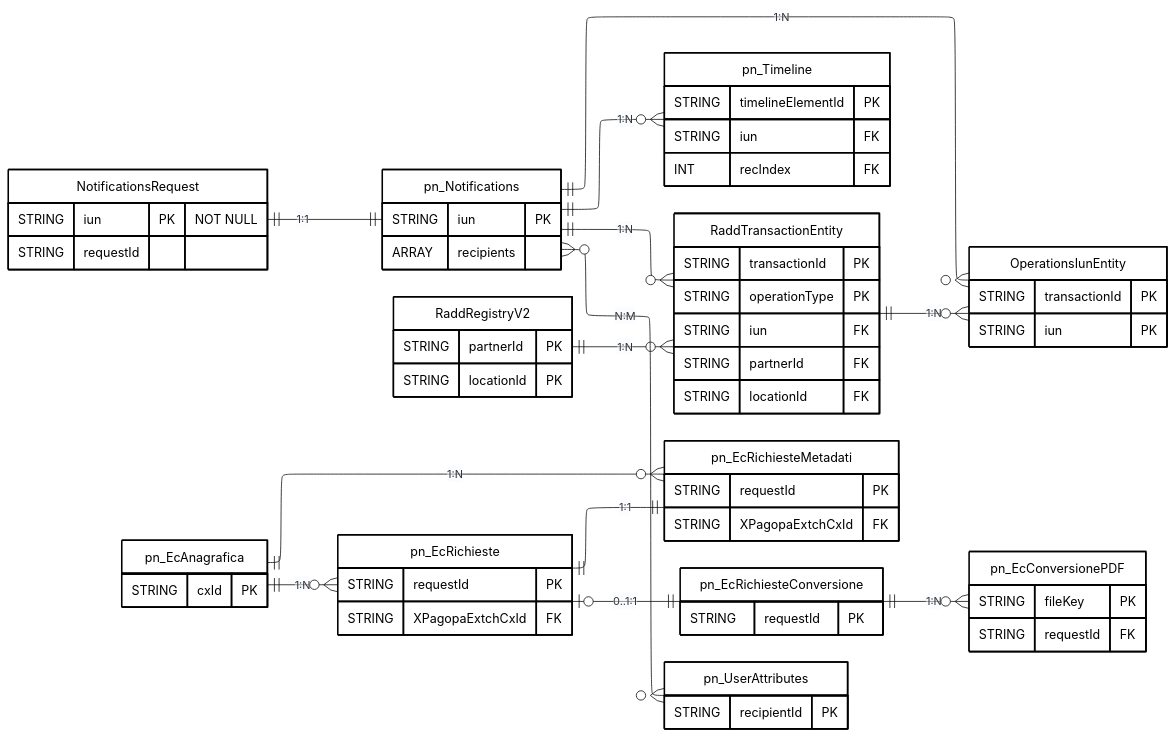
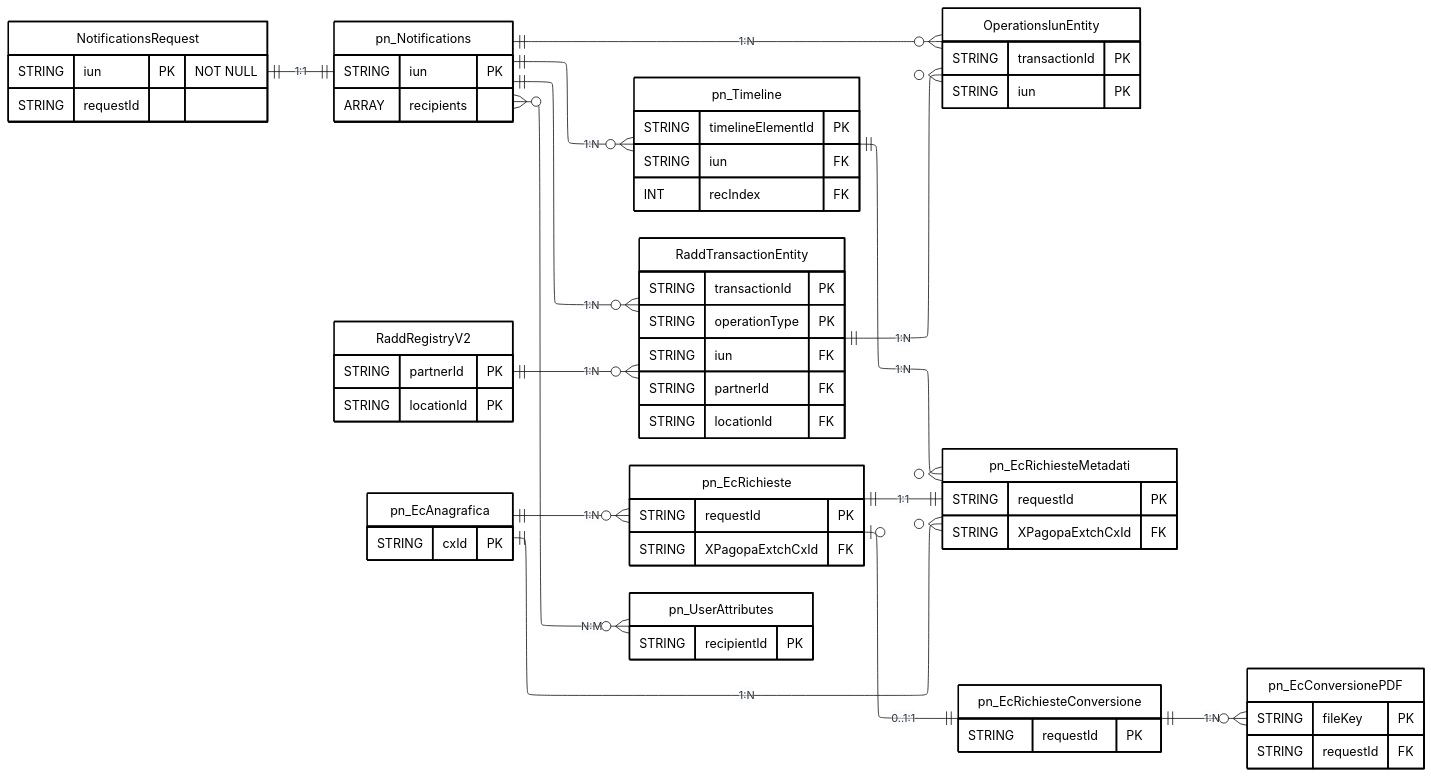
Before and after one commit to pagopa/pn-metrics: the diagram in send_diagrams/data-models/send_er_model.mmd, drawn with Mermaid. The commit also changed 4 other files, not shown here.

Commit message:
docs: update diagrams version

```diff
--- a/send_diagrams/data-models/send_er_model.mmd
+++ b/send_diagrams/data-models/send_er_model.mmd
@@ -1,153 +1,161 @@
 ---
 config:
   layout: elk
   theme: base
 ---
 erDiagram
 
-    %% diagram version: 0.0.1
+    %% diagram version: 1.0.0
 
     %% sources:
     %% - dc-pn-Notifications.yaml
     %%   id: urn:send:pn:notifications
     %%   version: 0.0.1
     %% - dc-pn-timeline.yaml
     %%   id: urn:send:pn:timelines
     %%   version: 0.0.1
     %% - dc-radd-transaction-entity.yaml
     %%   id: urn:send:radd-alt:dc-radd-transaction-entity
     %%   version: 0.0.1
     %% - dc-radd-registry.yaml
     %%   id: urn:send:radd-alt:dc-radd-registry
     %%   version: 0.0.1
     %% - dc-operations-iuns-entity.yaml
     %%   id: urn:send:radd-alt:dc-operations-iuns-entity
     %%   version: 0.0.1
     %% - dc-pn-EcRichiesteMetadati.yaml
     %%   id: urn:send:postalizzazione:pn-ecrichiestemetadati
+    %%   version: 0.0.1
+    %% - dc-pn-user-attributes.yaml
+    %%   id: urn:send:recapiti-deleghe:user-attributes
     %%   version: 0.0.1
 
     %% CONVENZIONI
     %% - Sono riportate esclusivamente le entità principali
     %% - Sono riportati solamente attributi PK e FK
     %% - Le cardinalità derivano dai diagrammi di dettaglio dei singoli domini
     %% - I commenti descrivono la logica di correlazione tra le entità
 
     Direction LR
 
     NotificationsRequest {
         STRING iun PK "NOT NULL"
         STRING requestId
     }
 
     pn_Notifications {
         STRING iun PK
         ARRAY recipients
     }
 
     pn_Timeline {
         STRING timelineElementId PK
         STRING iun FK
         INT recIndex FK
     }
 
     RaddRegistryV2 {
         STRING partnerId PK
         STRING locationId PK
     }
 
     RaddTransactionEntity {
         STRING transactionId PK
         STRING operationType PK
         STRING iun FK
         STRING partnerId FK
         STRING locationId FK
     }
 
     OperationsIunEntity {
         STRING transactionId PK
         STRING iun PK
     }
 
     pn_EcAnagrafica {
         STRING cxId PK
     }
 
     pn_EcRichieste {
         STRING requestId PK
         STRING XPagopaExtchCxId FK
     }
 
     pn_EcRichiesteMetadati {
         STRING requestId PK
         STRING XPagopaExtchCxId FK
     }
 
     pn_EcRichiesteConversione {
         STRING requestId PK
     }
 
     pn_EcConversionePDF {
         STRING fileKey PK
         STRING requestId FK
     }
 
     pn_UserAttributes {
         STRING recipientId PK
     }
 
     %% RELAZIONI
 
     NotificationsRequest ||--|| pn_Notifications : "1:1"
 
     %% RaddTransactionEntity.transactionId = OperationsIunEntity.transactionId
     RaddTransactionEntity ||--o{ OperationsIunEntity : "1:N"
 
     %% RaddRegistryV2.partnerId = RaddTransactionEntity.partnerId AND RaddRegistryV2.locationId = RaddTransactionEntity.locationId
     RaddRegistryV2 ||--o{ RaddTransactionEntity : "1:N"
 
     %% Operazioni ACT: stampa atti notificati
     %% pn_Notifications.iun = RaddTransactionEntity.iun
     pn_Notifications ||--o{ RaddTransactionEntity : "1:N"
 
     %% Operazioni AOR: accesso a notifica per irreperibile
     %% OperationsIunEntity.iun = pn_Notifications.iun
     pn_Notifications ||--o{ OperationsIunEntity : "1:N"
 
     %% Join a livello di notifica: pn_Notifications.iun = pn_Timeline.iun
     %% Join a livello di destinatario: pn_Notifications.iun = pn_Timeline.iun AND pn_Timeline.recIndex identifica il destinatario della notifica
     pn_Notifications ||--o{ pn_Timeline : "1:N"
 
     %% pn_Notifications.recipients[].recipientId = UserAttributes.recipientId
     %% Una notifica può avere più destinatari e un destinatario può comparire in più notifiche
     pn_Notifications }o--o{ pn_UserAttributes : "N:M"
 
     %% pn_EcRichieste.XPagopaExtchCxId = pn_EcAnagrafica.cxId
     pn_EcAnagrafica ||--o{ pn_EcRichieste : "1:N"
 
     %% pn_EcRichiesteMetadati.XPagopaExtchCxId = pn_EcAnagrafica.cxId
     pn_EcAnagrafica ||--o{ pn_EcRichiesteMetadati : "1:N"
 
     %% pn_EcRichieste.requestId = pn_EcRichiesteMetadati.requestId
     pn_EcRichieste ||--|| pn_EcRichiesteMetadati : "1:1"
 
     %% pn_EcRichieste.requestId = pn_EcRichiesteConversione.requestId
     pn_EcRichieste o|--|| pn_EcRichiesteConversione : "0..1:1"
 
     %% pn_EcConversionePDF.requestId = pn_EcRichiesteConversione.requestId
     pn_EcRichiesteConversione ||--o{ pn_EcConversionePDF : "1:N"
 
+    %% pn_Timeline.timelineElementId = transform(pn_EcRichiesteMetadati.requestId)
+    %% (rimozione prefisso fino a "~", PREPARE_* -> SEND_*, rimozione suffisso .PCRETRY_<n>)
+    %% Un elemento timeline può essere associato a più record di postalizzazione (retry)
+    pn_Timeline ||--o{ pn_EcRichiesteMetadati : "1:N"
+
     %% STILE
 
     style NotificationsRequest fill:#FFFFFF,stroke:#000000,stroke-width:2px,color:#000000
     style pn_UserAttributes fill:#FFFFFF,stroke:#000000,stroke-width:2px,color:#000000
     style pn_Notifications fill:#FFFFFF,stroke:#000000,stroke-width:2px,color:#000000
     style pn_Timeline fill:#FFFFFF,stroke:#000000,stroke-width:2px,color:#000000
     style RaddRegistryV2 fill:#FFFFFF,stroke:#000000,stroke-width:2px,color:#000000
     style RaddTransactionEntity fill:#FFFFFF,stroke:#000000,stroke-width:2px,color:#000000
     style OperationsIunEntity fill:#FFFFFF,stroke:#000000,stroke-width:2px,color:#000000
     style pn_EcAnagrafica fill:#FFFFFF,stroke:#000000,stroke-width:2px,color:#000000
     style pn_EcRichieste fill:#FFFFFF,stroke:#000000,stroke-width:2px,color:#000000
     style pn_EcRichiesteMetadati fill:#FFFFFF,stroke:#000000,stroke-width:2px,color:#000000
     style pn_EcRichiesteConversione fill:#FFFFFF,stroke:#000000,stroke-width:2px,color:#000000
     style pn_EcConversionePDF fill:#FFFFFF,stroke:#000000,stroke-width:2px,color:#000000
```
